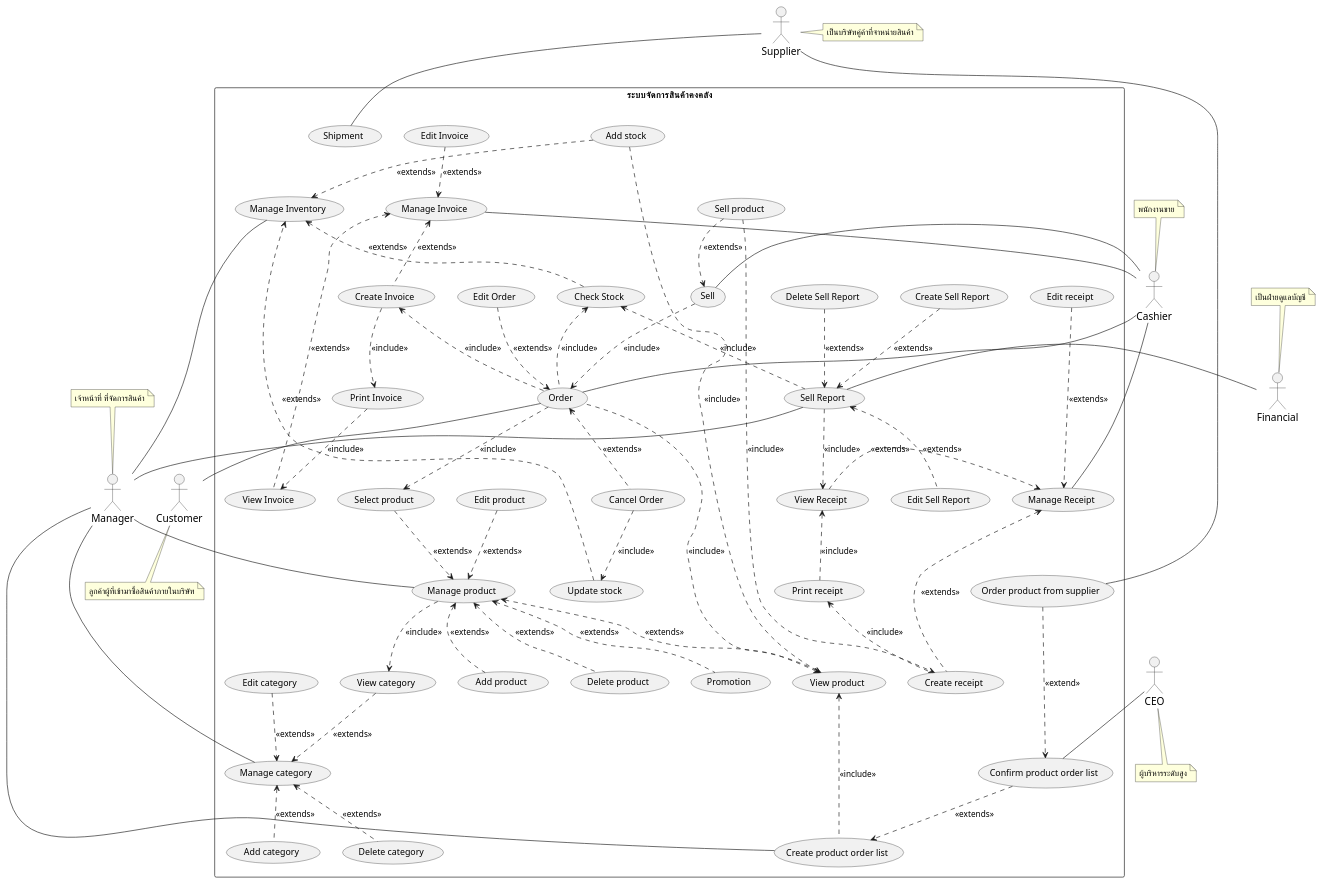
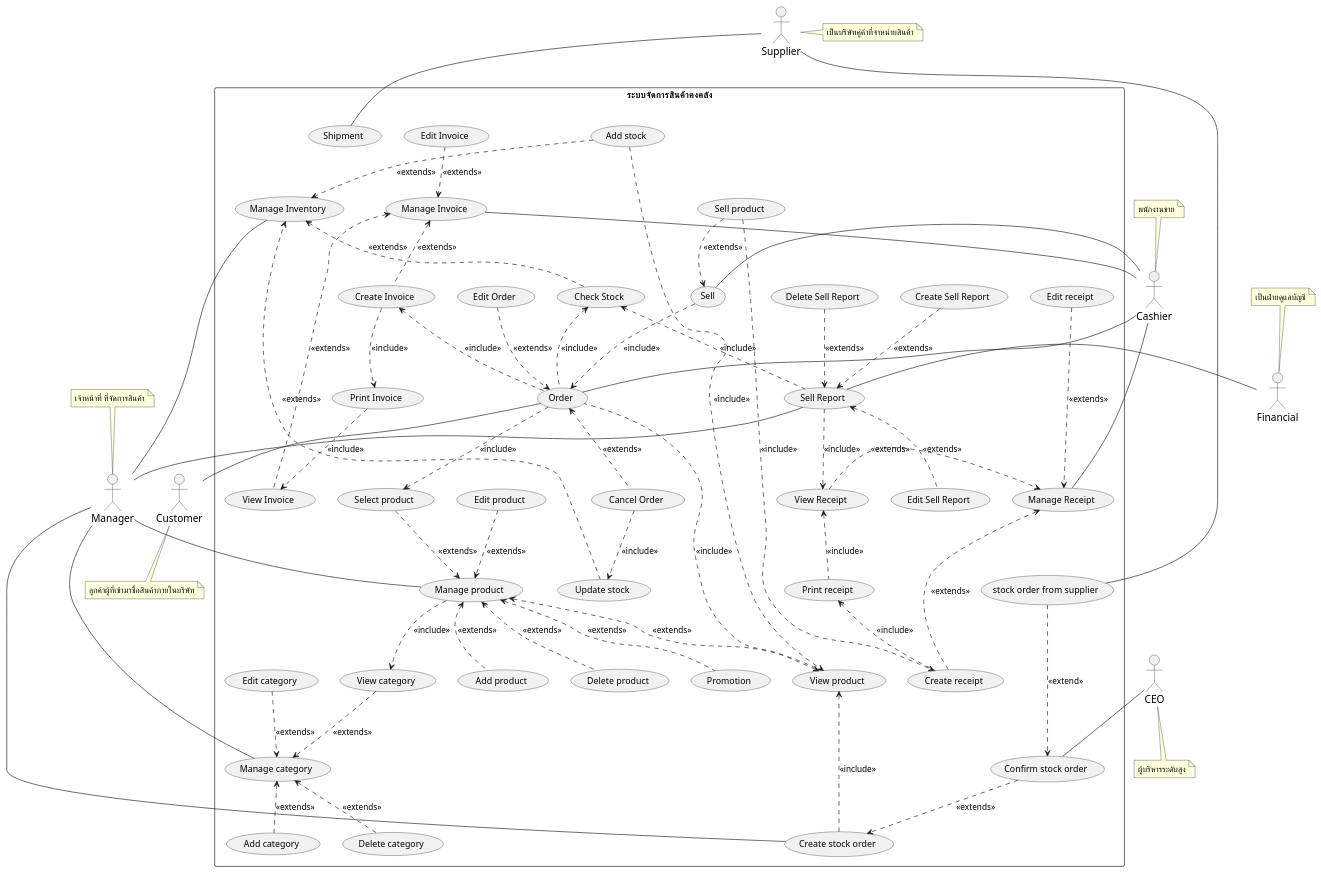
One commit to billowdev/inventory-system-plantuml-sequelize-seeder-example changed the diagram in system-analysis/usecase/_0_usecase-diagram.puml. Above: the diagram before and after it, drawn with PlantUML. The commit also changed 35 other files, not shown here.

Commit message:
refactor product order list to stock order

```diff
--- a/system-analysis/usecase/_0_usecase-diagram.puml
+++ b/system-analysis/usecase/_0_usecase-diagram.puml
@@ -89,9 +89,9 @@
     usecase (Edit Order) as (usecaseEditOrder)
     usecase (Cancel Order) as (usecaseDeleteOrder)
 
-    usecase (Order product from supplier) as (usecaseOrderProductFromSupplier)
-    usecase (Create product order list) as (usecaseCreateProductOrderList)
-    usecase (Confirm product order list) as (usecaseConfirmOrderList)
+    usecase (stock order from supplier) as (usecaseStockOrderFromSupplier)
+    usecase (Create stock order) as (usecaseCreateStockOrder)
+    usecase (Confirm stock order) as (usecaseConfirmStockOrder)
 
     ' ================ Stock ================
     usecase (Manage Inventory) as (usecaseInventory)
@@ -216,13 +216,13 @@
     (usecaseSellReport)   <.. (usecaseEditSellReport)   : <<extends>>
     (usecaseDeleteSellReport) ..>  (usecaseSellReport)   : <<extends>>
 
-    (usecaseViewProduct) <... (usecaseCreateProductOrderList) : <<include>>
-    (usecaseConfirmOrderList) ..> (usecaseCreateProductOrderList) : <<extends>>
-    (usecaseOrderProductFromSupplier) ...> (usecaseConfirmOrderList)  : <<extend>>
+    (usecaseViewProduct) <... (usecaseCreateStockOrder) : <<include>>
+    (usecaseConfirmStockOrder) ..> (usecaseCreateStockOrder) : <<extends>>
+    (usecaseStockOrderFromSupplier) ...> (usecaseConfirmStockOrder)  : <<extend>>
    
-    actorSupplier -- (usecaseOrderProductFromSupplier)
-    actorCEO -- (usecaseConfirmOrderList)
-     (usecaseCreateProductOrderList) -- actorManager
+    actorSupplier -- (usecaseStockOrderFromSupplier)
+    actorCEO -- (usecaseConfirmStockOrder)
+     (usecaseCreateStockOrder) -- actorManager
 
 
 
```
